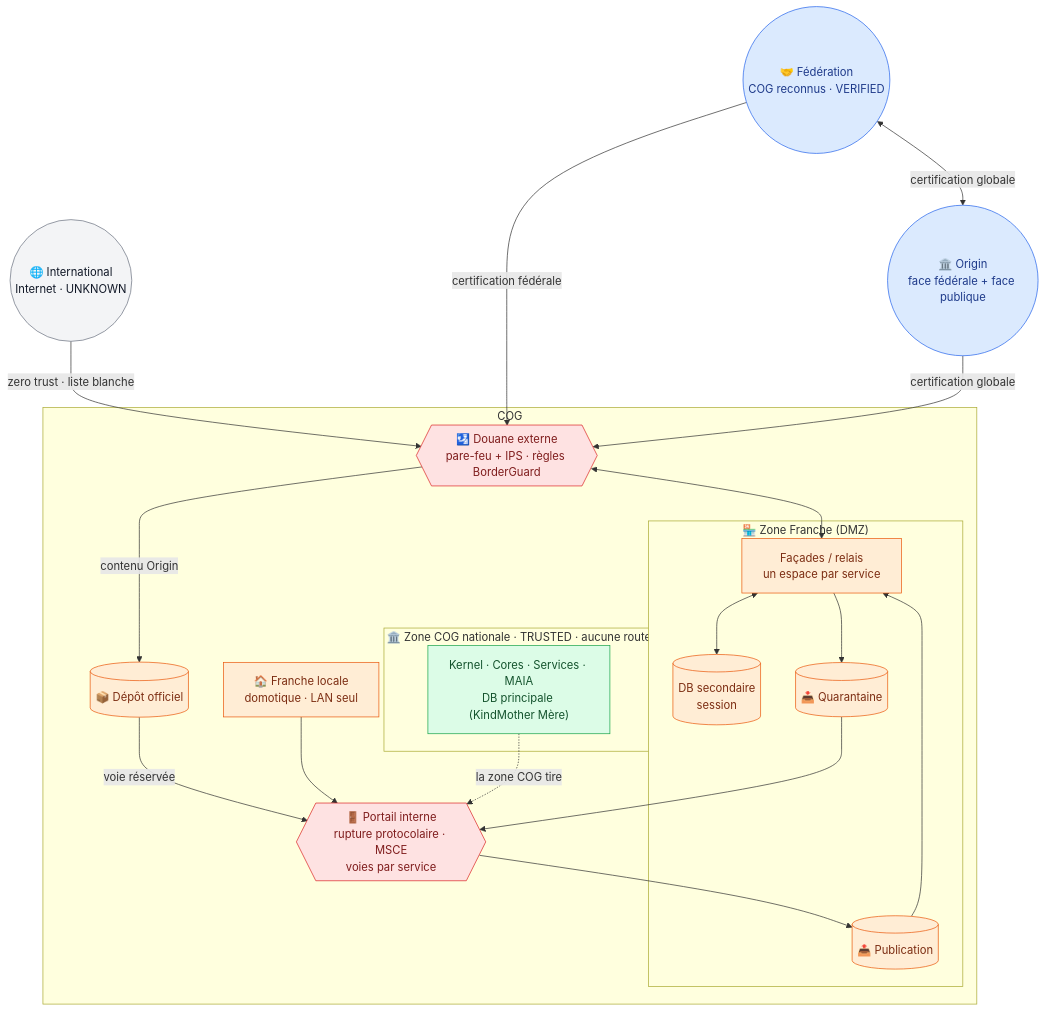
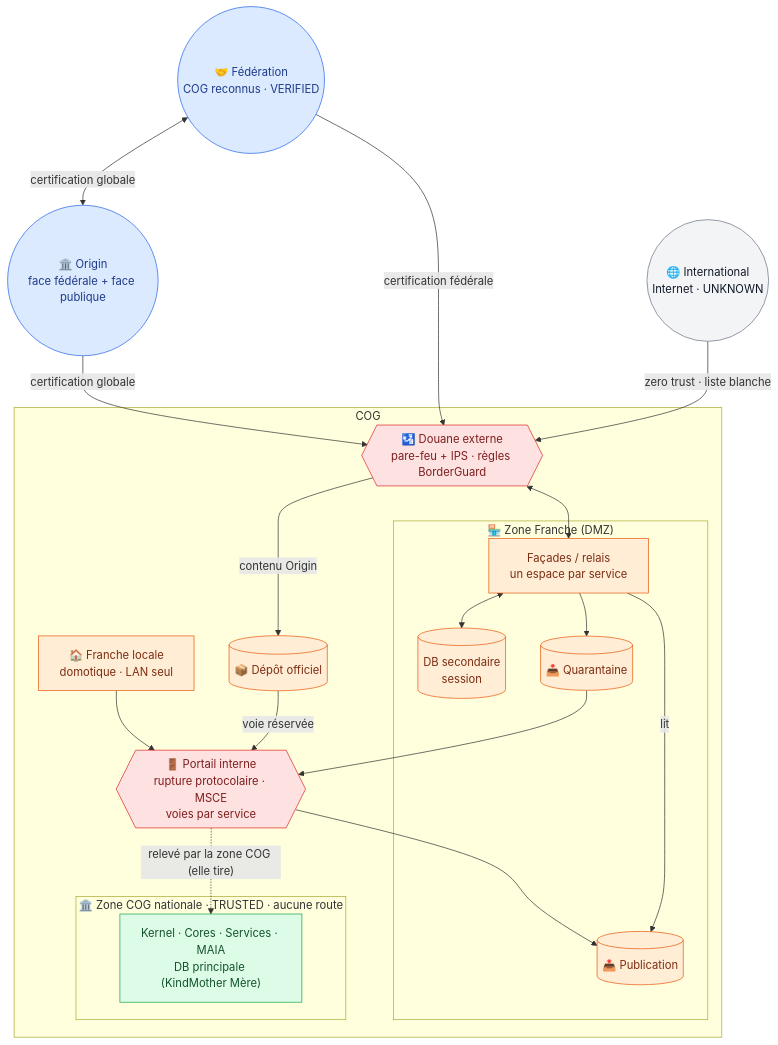
The diagram in docs/architecture/schema-global/V1-territoire.mmd (StudioMiyukini/miyukini_cog), drawn with Mermaid before and after one commit. The commit also changed 1 other file, not shown here.

Commit message:
docs(architecture): aligner la vue globale et V1 sur le rendu FigJam vérifié
- lien FigJam du schéma global (6 vues)
- V1 : Douane externe (D1), ordre de lecture des zones, la façade lit la publication
- V5 : flux dessinés vs à dessiner
- légende : formes et traits réellement utilisés

```diff
--- a/docs/architecture/schema-global/V1-territoire.mmd
+++ b/docs/architecture/schema-global/V1-territoire.mmd
@@ -1,51 +1,51 @@
 %% @id arch.cog.schema-global.v1
 %% @role architecture-diagram
 %% @human Schéma global COG — V1 · Territoire
 %% @do visualize_cog_v1
 %% Référence : docs/architecture/COG-VUE-GLOBALE.md §1
 flowchart TB
     INTL(("🌐 International<br/>Internet · UNKNOWN"))
     FED(("🤝 Fédération<br/>COG reconnus · VERIFIED"))
     ORIG(("🏛️ Origin<br/>face fédérale + face publique"))
     FED <-- "certification globale" --> ORIG
     subgraph COG["COG"]
         DOUANE{{"🛂 Douane externe<br/>pare-feu + IPS · règles BorderGuard"}}
         subgraph FR["🏪 Zone Franche (DMZ)"]
             FAC["Façades / relais<br/>un espace par service"]
             DBS[("DB secondaire<br/>session")]
             Q[("📥 Quarantaine")]
             P[("📤 Publication")]
         end
         DEPOT[("📦 Dépôt officiel")]
         PORTAIL{{"🚪 Portail interne<br/>rupture protocolaire · MSCE<br/>voies par service"}}
         subgraph NAT["🏛️ Zone COG nationale · TRUSTED · aucune route"]
             CORE["Kernel · Cores · Services · MAIA<br/>DB principale (KindMother Mère)"]
         end
         FL["🏠 Franche locale<br/>domotique · LAN seul"]
     end
     INTL -- "zero trust · liste blanche" --> DOUANE
     FED -- "certification fédérale" --> DOUANE
     ORIG -- "certification globale" --> DOUANE
     DOUANE <--> FAC
     DOUANE -- "contenu Origin" --> DEPOT
     FAC --> Q
-    P --> FAC
+    FAC -- "lit" --> P
     FAC <--> DBS
     Q --> PORTAIL
     PORTAIL --> P
     DEPOT -- "voie réservée" --> PORTAIL
     FL --> PORTAIL
-    CORE -. "la zone COG tire" .-> PORTAIL
+    PORTAIL -. "relevé par la zone COG (elle tire)" .-> CORE
     class INTL ext
     class FED,ORIG fed
     class DOUANE,PORTAIL fw
     class FAC,DBS,Q,P,DEPOT,FL franche
     class CORE nat
 
     classDef ext fill:#f3f4f6,stroke:#6b7280,color:#111827
     classDef fed fill:#dbeafe,stroke:#2563eb,color:#1e3a8a
     classDef fw fill:#fee2e2,stroke:#dc2626,color:#7f1d1d
     classDef franche fill:#ffedd5,stroke:#ea580c,color:#7c2d12
     classDef nat fill:#dcfce7,stroke:#16a34a,color:#14532d
     classDef core fill:#ede9fe,stroke:#7c3aed,color:#4c1d95
     classDef key fill:#fef9c3,stroke:#ca8a04,color:#713f12
```
